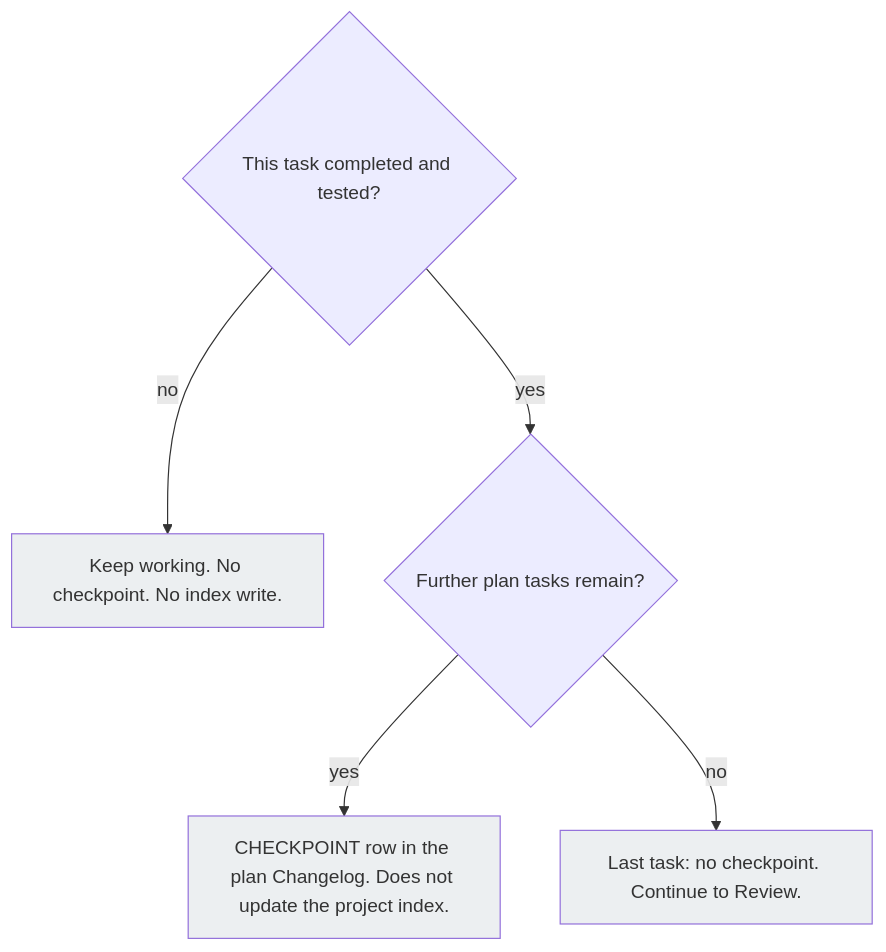
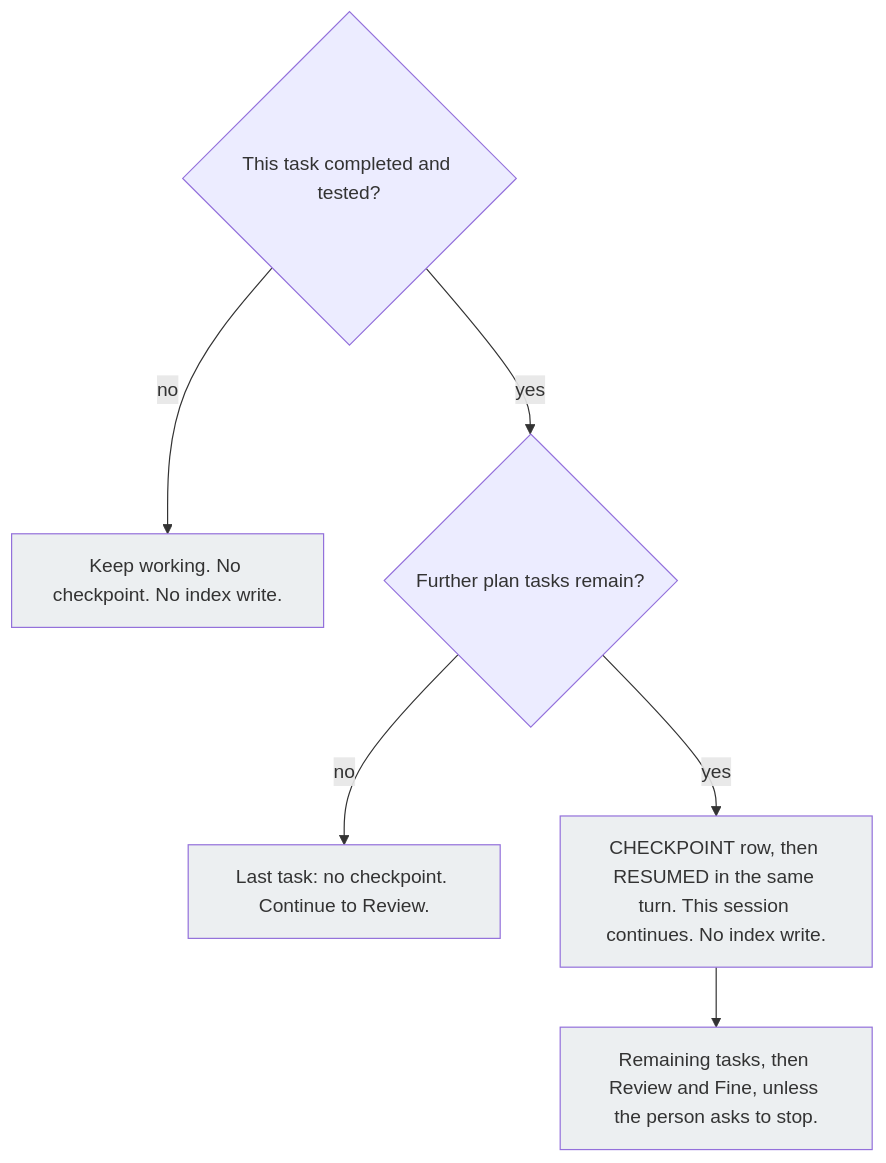
The fourth of 9 diagrams in website/docs/reference/domain-context.md (PiotrNie-Eversis/agent-collections), drawn with Mermaid before and after one commit. The commit also changed other lines of this file and 6 other files, not shown here.

First line of the commit message:
AC-26 - Update documentation to clarify checkpoint handling and session continuation

````diff
--- a/website/docs/reference/domain-context.md
+++ b/website/docs/reference/domain-context.md
@@ -188,13 +188,15 @@
 ```mermaid
 %%{init: {'themeVariables': {'clusterBkg': 'transparent', 'primaryColor': 'transparent'}}}%%
 flowchart TD
     i0{"This task completed and tested?"}
     i0 -->|no| iWork["Keep working. No checkpoint. No index write."]
     i0 -->|yes| iMore{"Further plan tasks remain?"}
-    iMore -->|yes| iCkpt["CHECKPOINT row in the plan Changelog. Does not update the project index."]
     iMore -->|no| iLast["Last task: no checkpoint. Continue to Review."]
+    iMore -->|yes| iCkpt["CHECKPOINT row, then RESUMED in the same turn. This session continues. No index write."]
+    iCkpt --> iGo["Remaining tasks, then Review and Fine, unless the person asks to stop."]
 
     style iWork fill:#ECEFF1
     style iCkpt fill:#ECEFF1
     style iLast fill:#ECEFF1
+    style iGo fill:#ECEFF1
 ```
````
